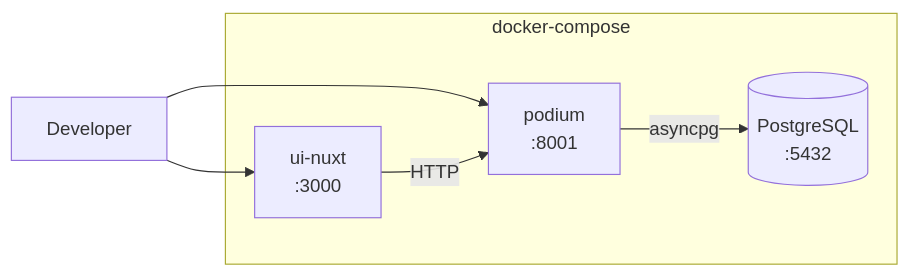
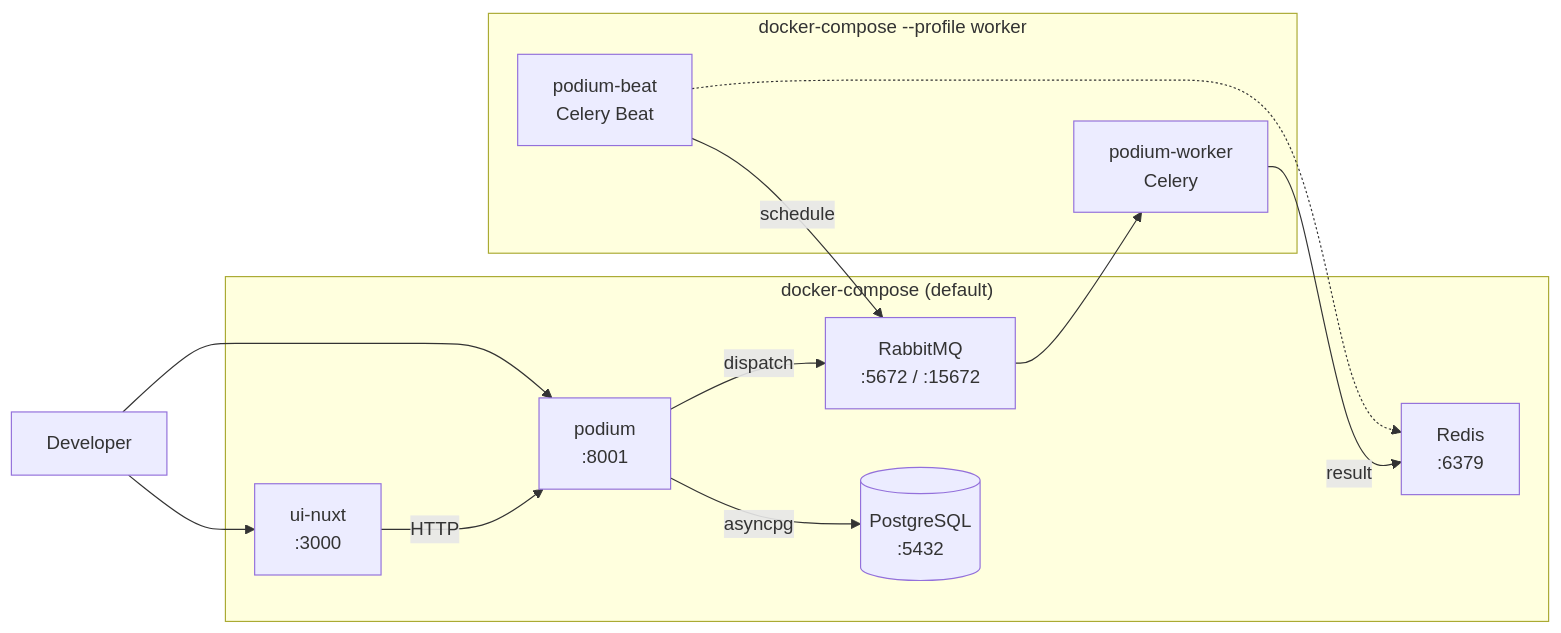
One commit to TheDataMaestros/datametronome changed the eighth of 9 diagrams in docs/architecture.md. Above: the diagram before and after it, drawn with Mermaid. The commit also changed other lines of this file, not shown here.

Commit message:
docs: update architecture.md with worker architecture, remove APScheduler references

````diff
--- a/docs/architecture.md
+++ b/docs/architecture.md
@@ -558,13 +619,25 @@
 ```mermaid
 graph LR
-    subgraph "docker-compose"
+    subgraph "docker-compose (default)"
         UI["ui-nuxt<br/>:3000"]
         API["podium<br/>:8001"]
         DB[("PostgreSQL<br/>:5432")]
+        RMQ["RabbitMQ<br/>:5672 / :15672"]
+        REDIS["Redis<br/>:6379"]
+    end
+
+    subgraph "docker-compose --profile worker"
+        WORKER["podium-worker<br/>Celery"]
+        BEAT["podium-beat<br/>Celery Beat"]
     end
 
     DEV["Developer"] --> UI
     DEV --> API
     UI -->|HTTP| API
     API -->|asyncpg| DB
+    API -->|dispatch| RMQ
+    RMQ --> WORKER
+    WORKER -->|result| REDIS
+    BEAT -->|schedule| RMQ
+    BEAT -.-> REDIS
 ```
````
